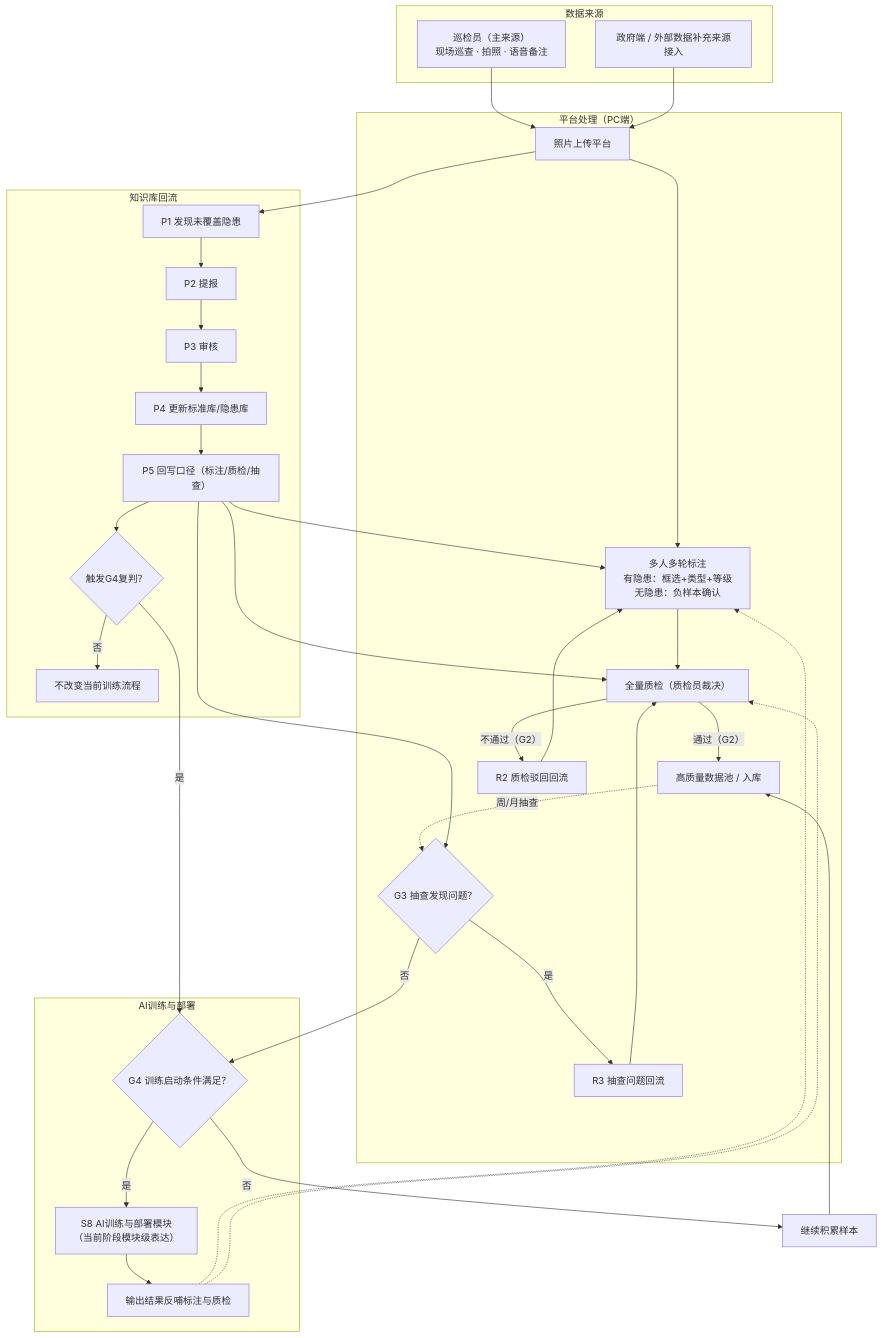
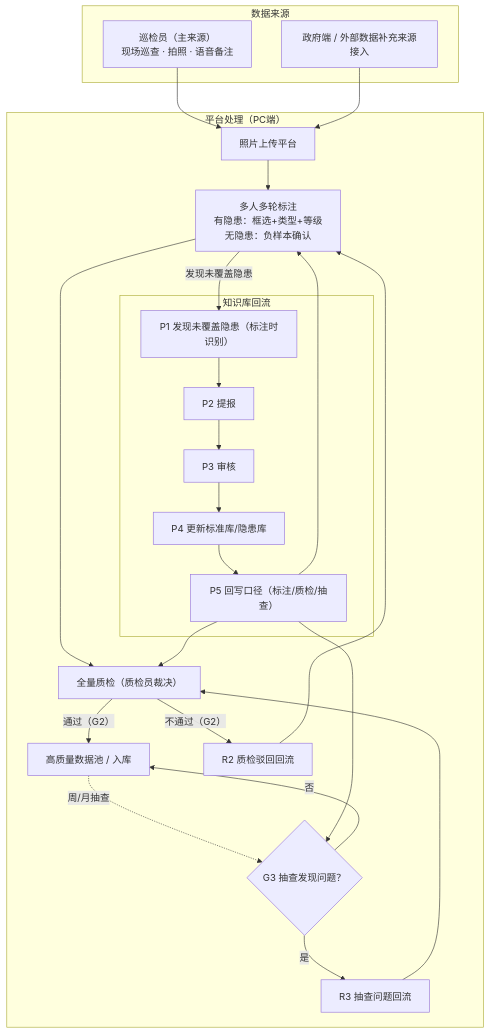
One commit to zhudan930612/Data-governance changed the diagram in 数据治理平台-Mermaid.mmd. Above: the diagram before and after it, drawn with Mermaid.

Commit message:
流程图更新一版

```diff
--- a/数据治理平台-Mermaid.mmd
+++ b/数据治理平台-Mermaid.mmd
@@ -1,45 +1,35 @@
 %%{init: {'theme':'mc'}}%%
 flowchart TD
     subgraph SRC ["数据来源"]
         A1["巡检员（主来源）<br/>现场巡查 · 拍照 · 语音备注"]
         A2["政府端 / 外部数据补充来源接入"]
     end
 
     A1 --> B["照片上传平台"]
     A2 --> B
 
     subgraph PLT ["平台处理（PC端）"]
         B --> E["多人多轮标注<br/>有隐患：框选+类型+等级<br/>无隐患：负样本确认"]
         E --> G["全量质检（质检员裁决）"]
         G -->|"通过（G2）"| H["高质量数据池 / 入库"]
         G -->|"不通过（G2）"| R2["R2 质检驳回回流"]
         R2 --> E
         H -.->|"周/月抽查"| G3{"G3 抽查发现问题？"}
         G3 -->|"是"| R3["R3 抽查问题回流"]
         R3 --> G
-    end
 
-    G3 -->|"否"| G4{"G4 训练启动条件满足？"}
-    G4 -->|"否"| ACC["继续积累样本"]
-    ACC --> H
+        subgraph LOOP ["知识库回流"]
+            U["P1 发现未覆盖隐患（标注时识别）"]
+            U --> V["P2 提报"]
+            V --> W["P3 审核"]
+            W --> X["P4 更新标准库/隐患库"]
+            X --> Y["P5 回写口径（标注/质检/抽查）"]
+        end
 
-    subgraph AIT ["AI训练与部署"]
-        G4 -->|"是"| M["S8 AI训练与部署模块<br/>（当前阶段模块级表达）"]
-        M --> F["输出结果反哺标注与质检"]
-        F -.-> E
-        F -.-> G
-    end
-
-    subgraph LOOP ["知识库回流"]
-        B --> U["P1 发现未覆盖隐患"]
-        U --> V["P2 提报"]
-        V --> W["P3 审核"]
-        W --> X["P4 更新标准库/隐患库"]
-        X --> Y["P5 回写口径（标注/质检/抽查）"]
+        E -->|"发现未覆盖隐患"| U
         Y --> E
         Y --> G
         Y --> G3
-        Y --> KG4{"触发G4复判？"}
-        KG4 -->|"是"| G4
-        KG4 -->|"否"| Z["不改变当前训练流程"]
     end
+
+    G3 -->|"否"| H
```
